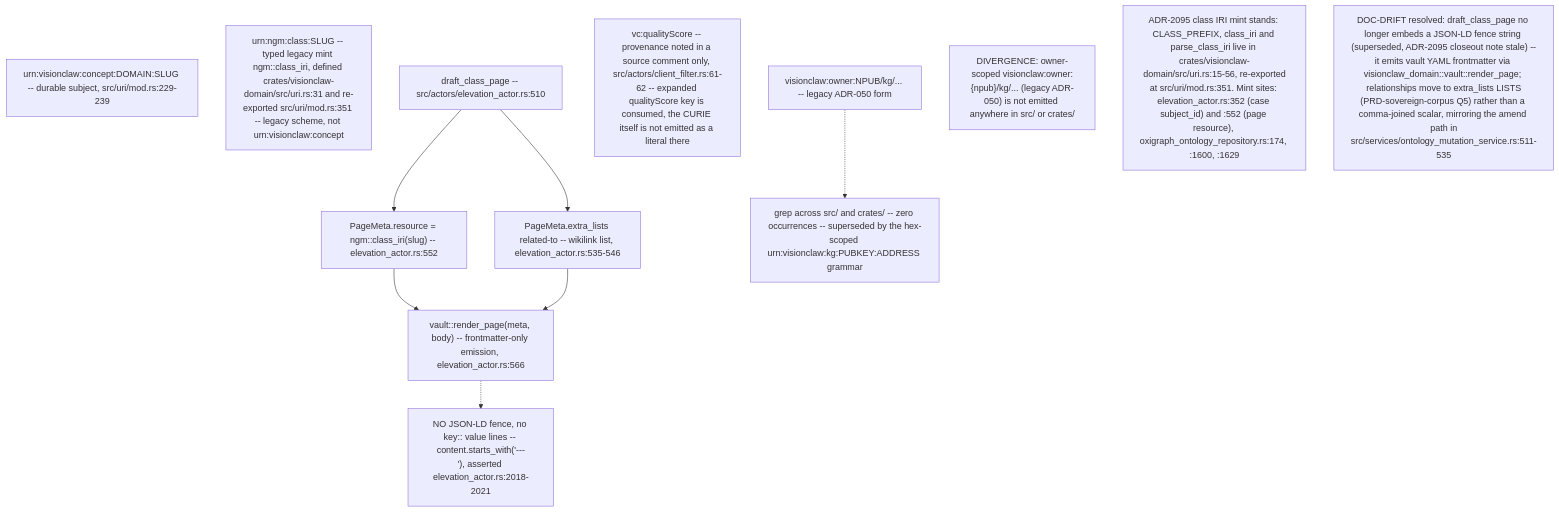
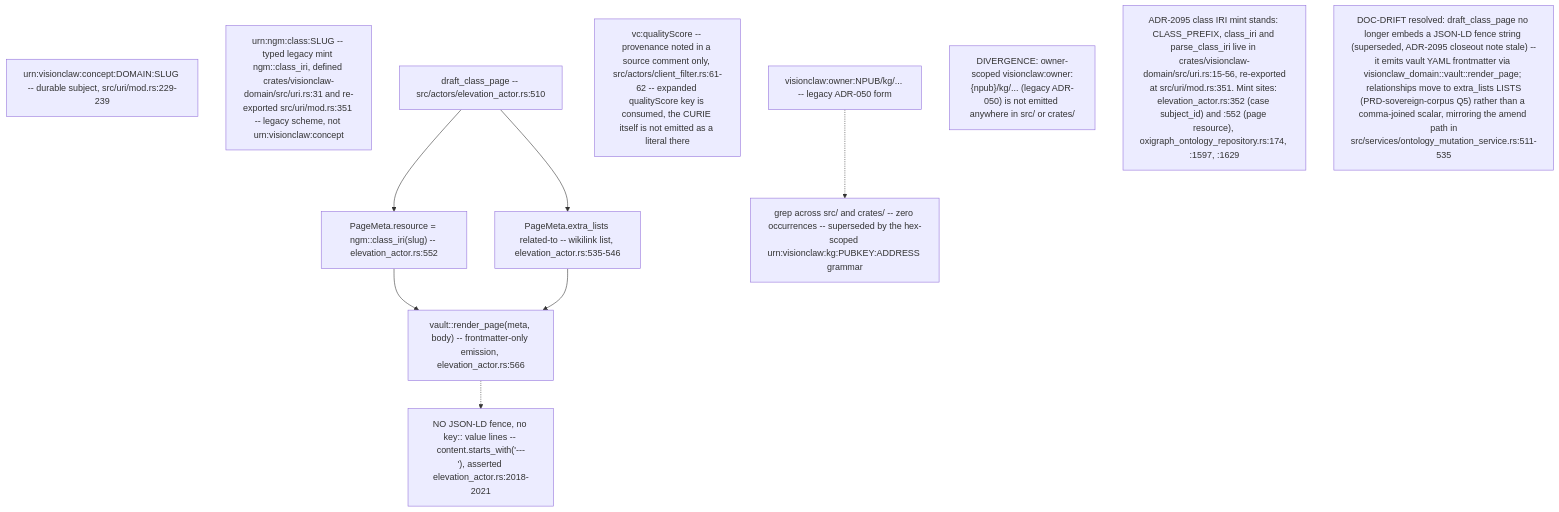
The ninth of 10 diagrams in docs/diagrams/visionclaw/23-identifiers-urn-did-sha12.md (DreamLab-AI/VisionFlow), drawn with Mermaid before and after one commit. The commit also changed other lines of this file and 10 other files, not shown here.

First line of the commit message:
docs(diagrams): close ER-1 to ER-4 and ER-33 across ten topics, re-stamped

````diff
--- a/docs/diagrams/visionclaw/23-identifiers-urn-did-sha12.md
+++ b/docs/diagrams/visionclaw/23-identifiers-urn-did-sha12.md
@@ -319,16 +320,16 @@
 ```mermaid
 flowchart TD
     Concept["urn:visionclaw:concept:DOMAIN:SLUG -- durable subject, src/uri/mod.rs:229-239"]
     LegacyClass["urn:ngm:class:SLUG -- typed legacy mint ngm::class_iri, defined crates/visionclaw-domain/src/uri.rs:31 and re-exported src/uri/mod.rs:351 -- legacy scheme, not urn:visionclaw:concept"]
     Draft["draft_class_page -- src/actors/elevation_actor.rs:510"] --> Meta["PageMeta.resource = ngm::class_iri(slug) -- elevation_actor.rs:552"]
     Draft --> Lists["PageMeta.extra_lists related-to -- wikilink list, elevation_actor.rs:535-546"]
     Meta --> Render["vault::render_page(meta, body) -- frontmatter-only emission, elevation_actor.rs:566"]
     Lists --> Render
     Render -.-> NoFence["NO JSON-LD fence, no key:: value lines -- content.starts_with('---\n'), asserted elevation_actor.rs:2018-2021"]
     QS["vc:qualityScore -- provenance noted in a source comment only, src/actors/client_filter.rs:61-62 -- expanded qualityScore key is consumed, the CURIE itself is not emitted as a literal there"]
     OwnerScoped["visionclaw:owner:NPUB/kg/... -- legacy ADR-050 form"] -.-> Absent["grep across src/ and crates/ -- zero occurrences -- superseded by the hex-scoped urn:visionclaw:kg:PUBKEY:ADDRESS grammar"]
 
     DivB["DIVERGENCE: owner-scoped visionclaw:owner:{npub}/kg/... (legacy ADR-050) is not emitted anywhere in src/ or crates/"]
-    DriftX["ADR-2095 class IRI mint stands: CLASS_PREFIX, class_iri and parse_class_iri live in crates/visionclaw-domain/src/uri.rs:15-56, re-exported<br/>at src/uri/mod.rs:351. Mint sites: elevation_actor.rs:352 (case subject_id) and :552 (page resource), oxigraph_ontology_repository.rs:174, :1600, :1629"]
+    DriftX["ADR-2095 class IRI mint stands: CLASS_PREFIX, class_iri and parse_class_iri live in crates/visionclaw-domain/src/uri.rs:15-56, re-exported<br/>at src/uri/mod.rs:351. Mint sites: elevation_actor.rs:352 (case subject_id) and :552 (page resource), oxigraph_ontology_repository.rs:174, :1597, :1629"]
     Refactor["DOC-DRIFT resolved: draft_class_page no longer embeds a JSON-LD fence string (superseded, ADR-2095 closeout note stale) --<br/>it emits vault YAML frontmatter via visionclaw_domain::vault::render_page; relationships move to extra_lists LISTS<br/>(PRD-sovereign-corpus Q5) rather than a comma-joined scalar, mirroring the amend path in<br/>src/services/ontology_mutation_service.rs:511-535"]
 ```
````
